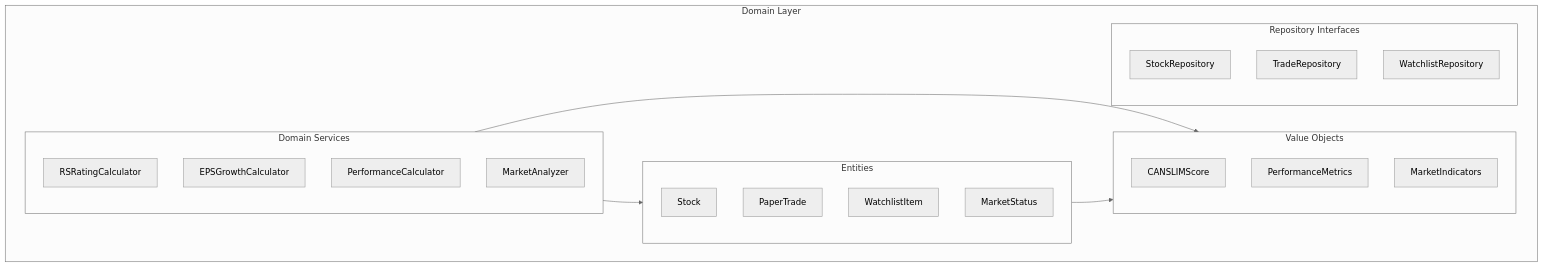
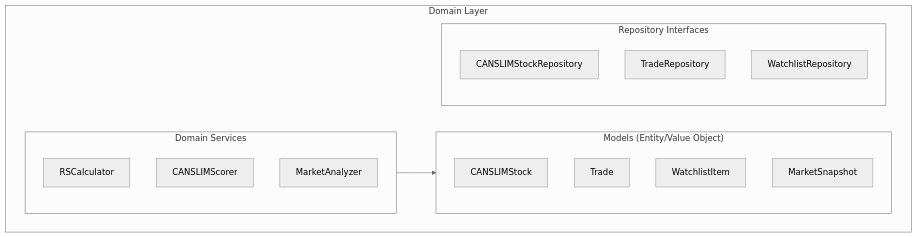
Before and after one commit to ryota197/ai-trade-pj: the third of 9 diagrams in docs/poc/service-architecture.md, drawn with Mermaid (neutral theme). The commit also changed other lines of this file and 44 other files, not shown here.

````diff
--- a/docs/poc/service-architecture.md
+++ b/docs/poc/service-architecture.md
@@ -82,34 +97,25 @@
 ```mermaid
 graph TB
     subgraph Domain["Domain Layer"]
-        subgraph Entities
-            Stock[Stock]
-            PaperTrade[PaperTrade]
+        subgraph Models["Models (Entity/Value Object)"]
+            CANSLIMStock[CANSLIMStock]
+            Trade[Trade]
             WatchlistItem[WatchlistItem]
-            MarketStatus[MarketStatus]
-        end
-
-        subgraph ValueObjects["Value Objects"]
-            CANSLIMScore[CANSLIMScore]
-            PerformanceMetrics[PerformanceMetrics]
-            MarketIndicators[MarketIndicators]
+            MarketSnapshot[MarketSnapshot]
         end
 
         subgraph Services["Domain Services"]
-            RSRatingCalculator[RSRatingCalculator]
-            EPSGrowthCalculator[EPSGrowthCalculator]
-            PerformanceCalculator[PerformanceCalculator]
+            RSCalculator[RSCalculator]
+            CANSLIMScorer[CANSLIMScorer]
             MarketAnalyzer[MarketAnalyzer]
         end
 
         subgraph Repositories["Repository Interfaces"]
-            StockRepository[StockRepository]
+            CANSLIMStockRepository[CANSLIMStockRepository]
             TradeRepository[TradeRepository]
             WatchlistRepository[WatchlistRepository]
         end
     end
 
-    Services --> Entities
-    Services --> ValueObjects
-    Entities --> ValueObjects
+    Services --> Models
 ```
````
